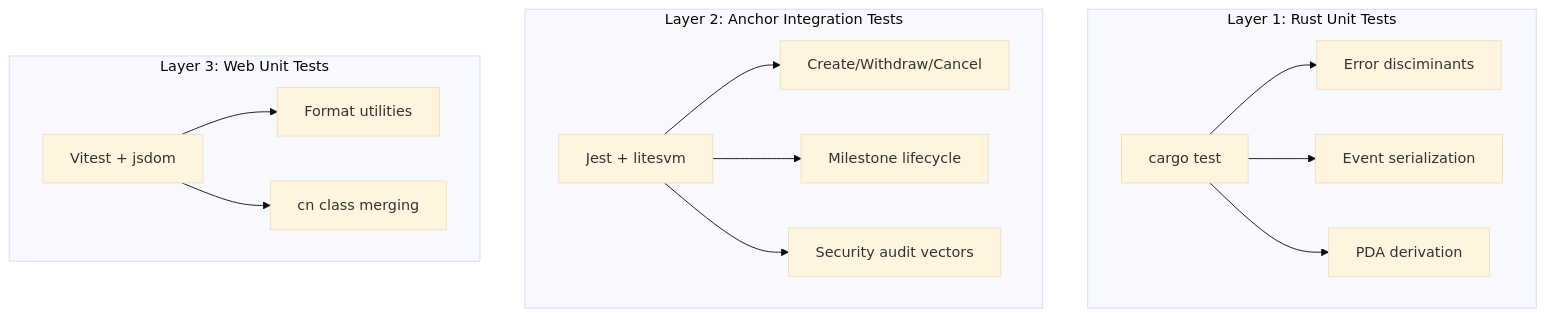
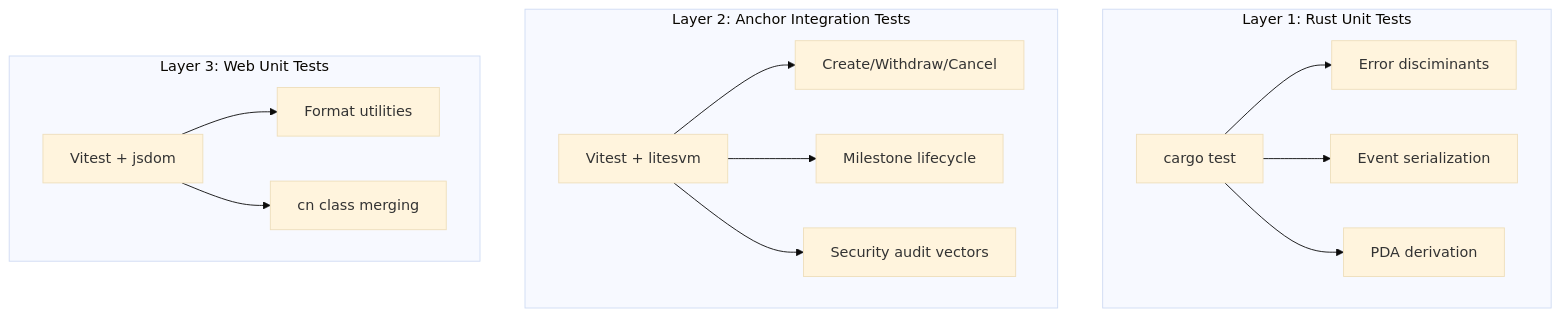
The second of 2 diagrams in docs/SECURITY_TESTING_PRESENTATION.md (simplyvest/simplyvest), drawn with Mermaid (base theme) before and after one commit. The commit also changed other lines of this file, not shown here.

First line of the commit message:
docs(security): fix Jest→Vitest, sender→creator, job count, event coverage

````diff
--- a/docs/SECURITY_TESTING_PRESENTATION.md
+++ b/docs/SECURITY_TESTING_PRESENTATION.md
@@ -106,17 +106,17 @@
 ```mermaid
 graph TD
     subgraph "Layer 1: Rust Unit Tests"
         A[cargo test] --> A1[Error disciminants]
         A --> A2[Event serialization]
         A --> A3[PDA derivation]
     end
     subgraph "Layer 2: Anchor Integration Tests"
-        B[Jest + litesvm] --> B1[Create/Withdraw/Cancel]
+        B[Vitest + litesvm] --> B1[Create/Withdraw/Cancel]
         B --> B2[Milestone lifecycle]
         B --> B3[Security audit vectors]
     end
     subgraph "Layer 3: Web Unit Tests"
         C[Vitest + jsdom] --> C1[Format utilities]
         C --> C2[cn class merging]
     end
 ```
````
